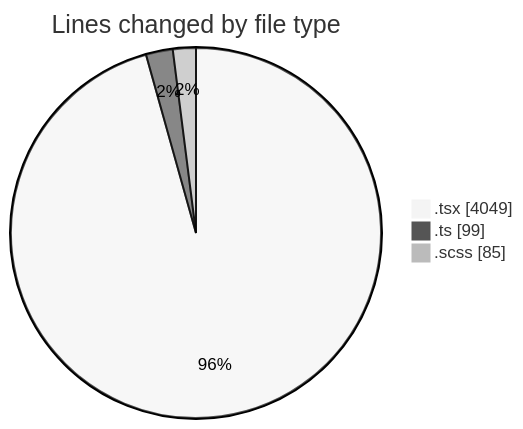
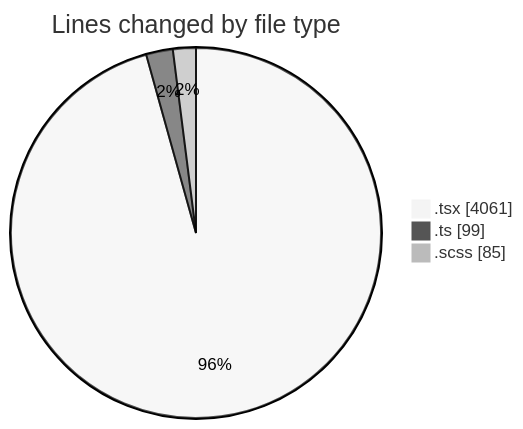
One commit to momahboobian/code-tracking changed the first of 2 diagrams in 2025-02-11/cda/README.md. Above: the diagram before and after it, drawn with Mermaid (neutral theme). The commit also changed other lines of this file and 1 other file, not shown here.

````diff
--- a/2025-02-11/cda/README.md
+++ b/2025-02-11/cda/README.md
@@ -24,7 +24,7 @@
 ```mermaid
 pie showData
 title Lines changed by file type
-".tsx" : 4049
+".tsx" : 4061
 ".ts" : 99
 ".scss" : 85
 ```
````
